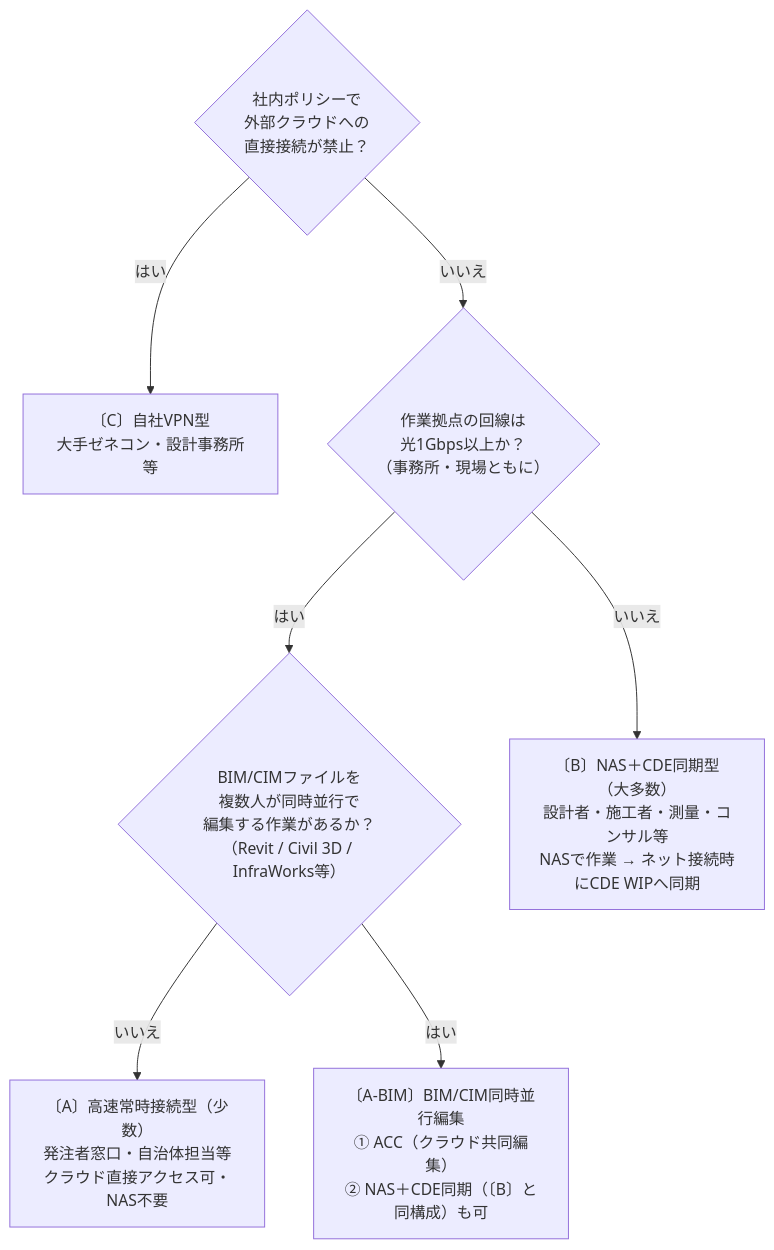
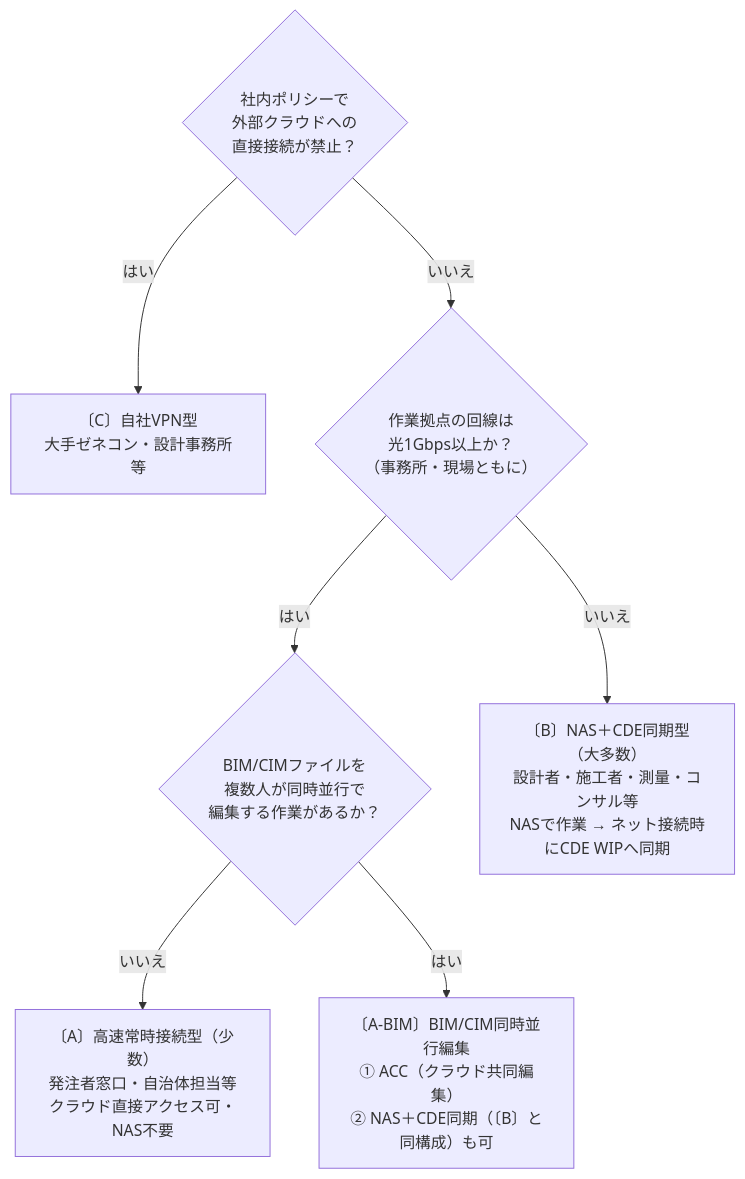
Before and after one commit to yamamoto-ryuzo/portal: the third of 3 diagrams in プロジェクトCDE/index.md, drawn with Mermaid. The commit also changed other lines of this file, not shown here.

````diff
--- a/プロジェクトCDE/index.md
+++ b/プロジェクトCDE/index.md
@@ -992,16 +544,14 @@
 ```mermaid
 flowchart TD
     Q0{"社内ポリシーで<br/>外部クラウドへの<br/>直接接続が禁止？"}
-    Q0 -->|はい| D["〔C〕自社VPN型<br/>大手ゼネコン・設計事務所等"]
+    Q0 -->|はい| C["〔C〕自社VPN型<br/>大手ゼネコン・設計事務所等"]
     Q0 -->|いいえ| Q1
 
     Q1{"作業拠点の回線は<br/>光1Gbps以上か？<br/>（事務所・現場ともに）"}
     Q1 -->|はい| Q2
     Q1 -->|いいえ| B["〔B〕NAS＋CDE同期型（大多数）<br/>設計者・施工者・測量・コンサル等<br/>NASで作業 → ネット接続時にCDE WIPへ同期"]
 
-    Q2{"BIM/CIMファイルを<br/>複数人が同時並行で<br/>編集する作業があるか？<br/>（Revit / Civil 3D / InfraWorks等）"}
+    Q2{"BIM/CIMファイルを<br/>複数人が同時並行で<br/>編集する作業があるか？"}
     Q2 -->|いいえ| A["〔A〕高速常時接続型（少数）<br/>発注者窓口・自治体担当等<br/>クラウド直接アクセス可・NAS不要"]
-    Q2 -->|はい| C1["〔A-BIM〕BIM/CIM同時並行編集<br/>① ACC（クラウド共同編集）<br/>② NAS＋CDE同期（〔B〕と同構成）も可"]
-
-
+    Q2 -->|はい| ABIM["〔A-BIM〕BIM/CIM同時並行編集<br/>① ACC（クラウド共同編集）<br/>② NAS＋CDE同期（〔B〕と同構成）も可"]
 ```
````
